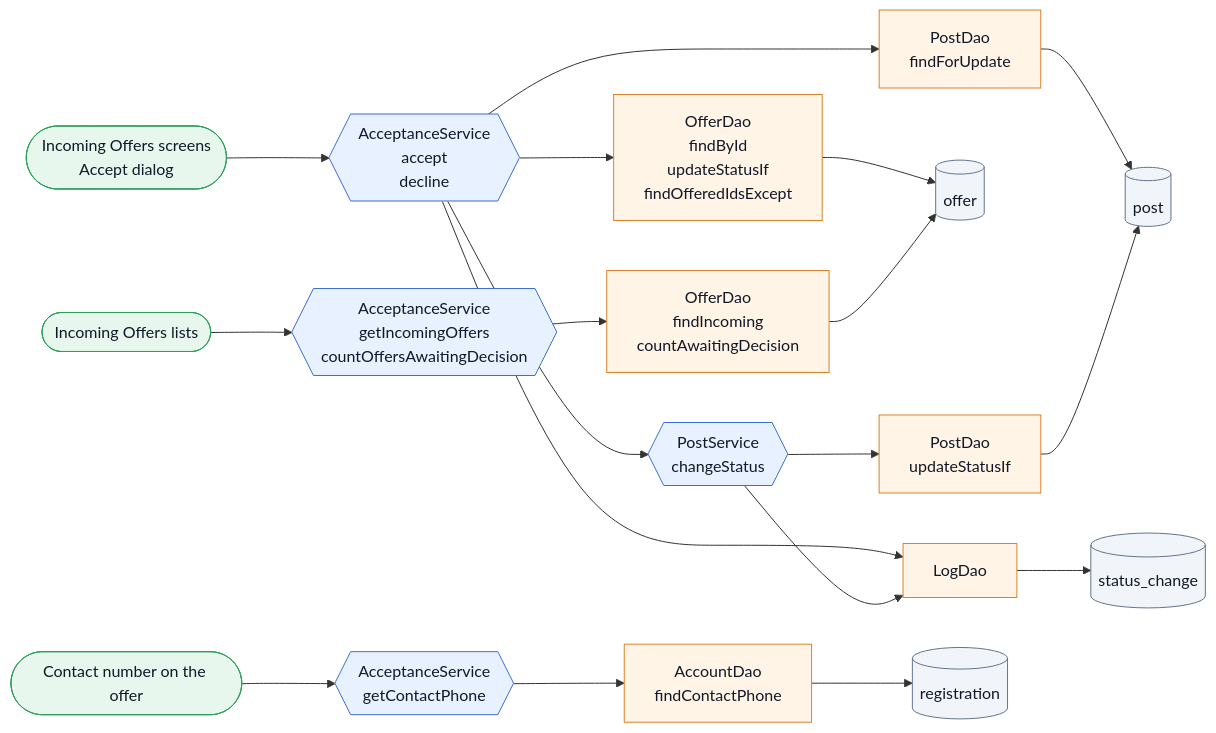
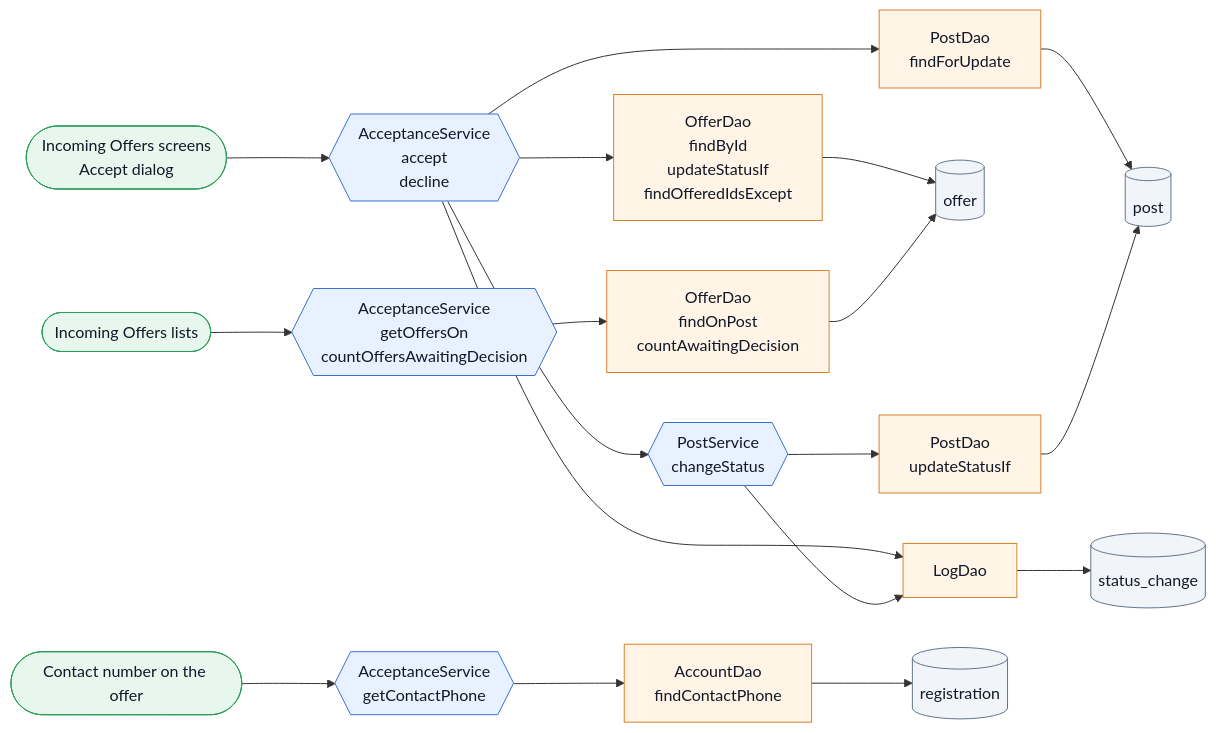
One commit to Az-Zav/ANIPLATO changed diagram 12 of 18 in docs/MAP.md. Above: the diagram before and after it, drawn with Mermaid. The commit also changed other lines of this file and 15 other files, not shown here.

````diff
--- a/docs/MAP.md
+++ b/docs/MAP.md
@@ -891,17 +891,17 @@
 ```mermaid
 flowchart LR
   classDef svc fill:#e8f1ff,stroke:#3b6fd4,color:#111827
   classDef dao fill:#fff4e5,stroke:#d9822b,color:#111827
   classDef tbl fill:#f1f5f9,stroke:#64748b,color:#111827
   classDef screen fill:#e8f7ee,stroke:#2f9e5a,color:#111827
   IO([Incoming Offers screens<br/>Accept dialog]):::screen --> AS{{AcceptanceService<br/>accept<br/>decline}}:::svc
   AS --> PF[PostDao<br/>findForUpdate]:::dao --> TP[(post)]:::tbl
   AS --> OD[OfferDao<br/>findById<br/>updateStatusIf<br/>findOfferedIdsExcept]:::dao --> TO[(offer)]:::tbl
   AS --> PS{{PostService<br/>changeStatus}}:::svc --> PU[PostDao<br/>updateStatusIf]:::dao --> TP
   AS --> LG[LogDao]:::dao --> TL[(status_change)]:::tbl
   PS --> LG
-  IL([Incoming Offers lists]):::screen --> AI{{AcceptanceService<br/>getIncomingOffers<br/>countOffersAwaitingDecision}}:::svc
-  AI --> OI[OfferDao<br/>findIncoming<br/>countAwaitingDecision]:::dao --> TO
+  IL([Incoming Offers lists]):::screen --> AI{{AcceptanceService<br/>getOffersOn<br/>countOffersAwaitingDecision}}:::svc
+  AI --> OI[OfferDao<br/>findOnPost<br/>countAwaitingDecision]:::dao --> TO
   CP([Contact number on the offer]):::screen --> GC{{AcceptanceService<br/>getContactPhone}}:::svc
   GC --> AP[AccountDao<br/>findContactPhone]:::dao --> TA[(registration)]:::tbl
 ```
````
